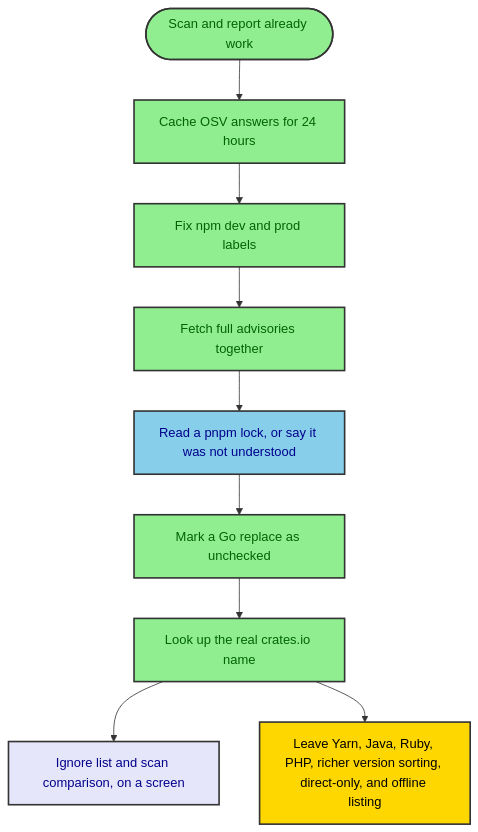
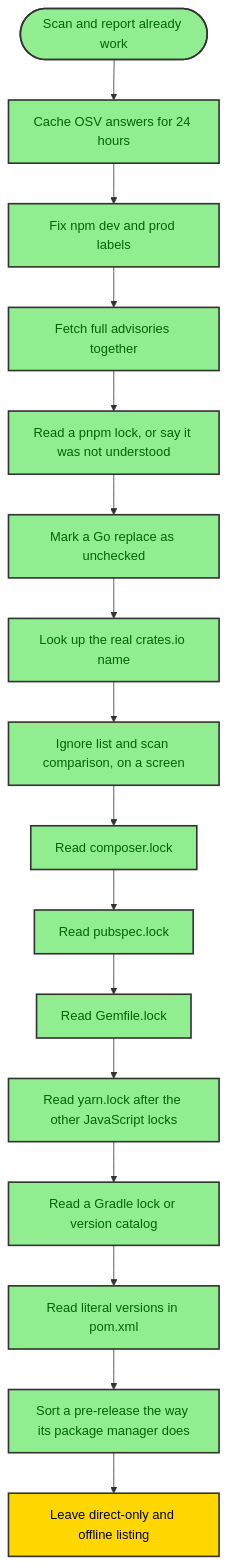
Before and after one commit to abrar41148/SupScan: the diagram in diagrams/roadmap_01_flowchart_work_order.mmd, drawn with Mermaid. The commit also changed 14 other files, not shown here.

```diff
--- a/diagrams/roadmap_01_flowchart_work_order.mmd
+++ b/diagrams/roadmap_01_flowchart_work_order.mmd
@@ -1,19 +1,24 @@
 flowchart TD
     Start([Scan and report already work]) --> Cache["Cache OSV answers for 24 hours"]
     Cache --> Npm["Fix npm dev and prod labels"]
     Npm --> Hydrate["Fetch full advisories together"]
     Hydrate --> Pnpm["Read a pnpm lock, or say it was not understood"]
     Pnpm --> GoReplace["Mark a Go replace as unchecked"]
     GoReplace --> Cargo["Look up the real crates.io name"]
     Cargo --> Screen["Ignore list and scan comparison, on a screen"]
-    Cargo --> Parked["Leave Yarn, Java, Ruby, PHP, richer version sorting, direct-only, and offline listing"]
+    Screen --> Composer["Read composer.lock"]
+    Composer --> Pub["Read pubspec.lock"]
+    Pub --> Ruby["Read Gemfile.lock"]
+    Ruby --> Yarn["Read yarn.lock after the other JavaScript locks"]
+    Yarn --> Gradle["Read a Gradle lock or version catalog"]
+    Gradle --> Maven["Read literal versions in pom.xml"]
+    Maven --> VersionSort["Sort a pre-release the way its package manager does"]
+    VersionSort --> Parked["Leave direct-only and offline listing"]
 
     classDef done fill:#90EE90,stroke:#333,stroke-width:2px,color:darkgreen
     classDef next fill:#87CEEB,stroke:#333,stroke-width:2px,color:darkblue
     classDef later fill:#E6E6FA,stroke:#333,stroke-width:2px,color:darkblue
     classDef parked fill:#FFD700,stroke:#333,stroke-width:2px,color:black
 
-    class Start,Cache,Npm,Hydrate,GoReplace,Cargo done
-    class Pnpm next
-    class Screen later
+    class Start,Cache,Npm,Hydrate,Pnpm,GoReplace,Cargo,Screen,Composer,Pub,Ruby,Yarn,Gradle,Maven,VersionSort done
     class Parked parked
```
